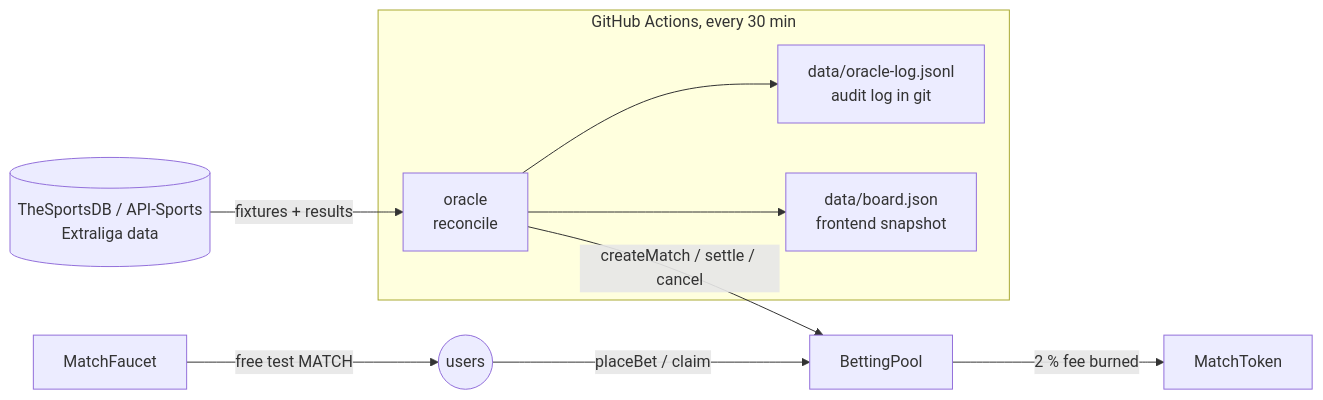
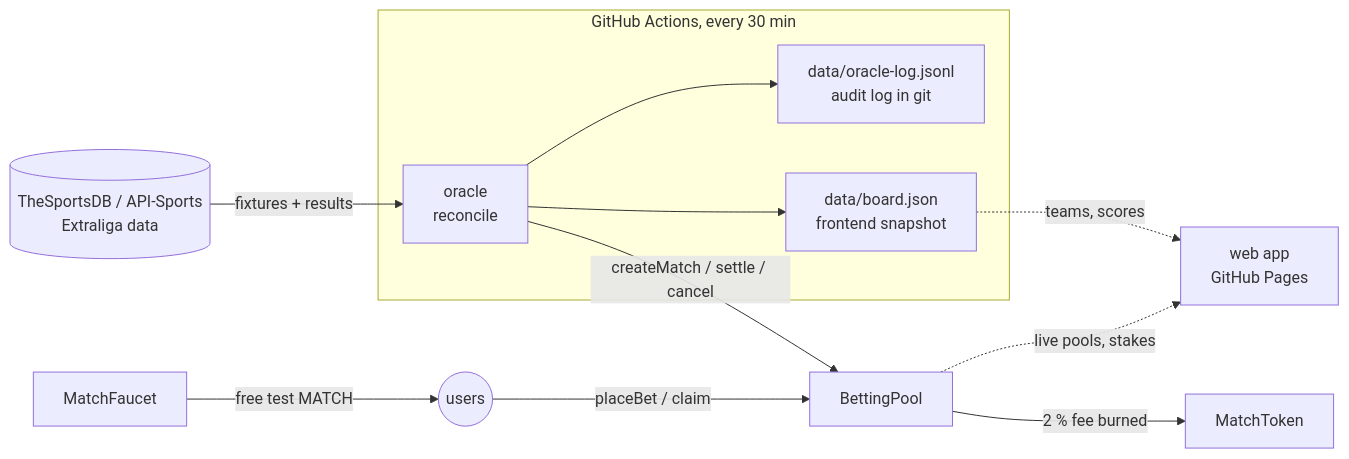
The diagram in README.md (blav08/extraliga-onchain-prediction-market), drawn with Mermaid before and after one commit. The commit also changed other lines of this file and 7 other files, not shown here.

First line of the commit message:
Web app: rink-style betting UI on GitHub Pages

````diff
--- a/README.md
+++ b/README.md
@@ -22,12 +24,14 @@
 ```mermaid
 flowchart LR
     API[(TheSportsDB / API-Sports<br/>Extraliga data)] -->|fixtures + results| O
     subgraph GH[GitHub Actions, every 30 min]
       O[oracle<br/>reconcile] --> L[data/oracle-log.jsonl<br/>audit log in git]
       O --> B[data/board.json<br/>frontend snapshot]
     end
     O -->|createMatch / settle / cancel| P[BettingPool]
     U((users)) -->|placeBet / claim| P
     F[MatchFaucet] -->|free test MATCH| U
+    B -.->|teams, scores| W[web app<br/>GitHub Pages]
+    P -.->|live pools, stakes| W
     P -->|2 % fee burned| T[MatchToken]
 ```
````
